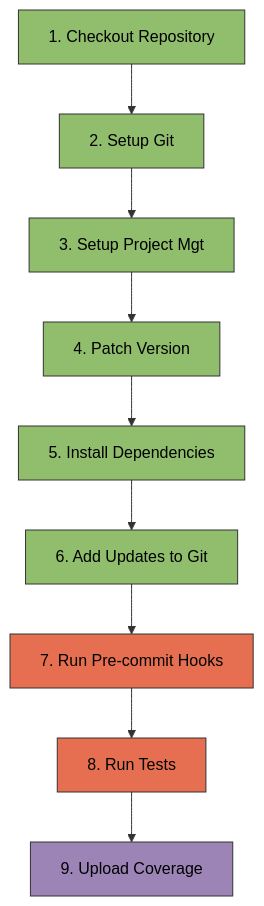
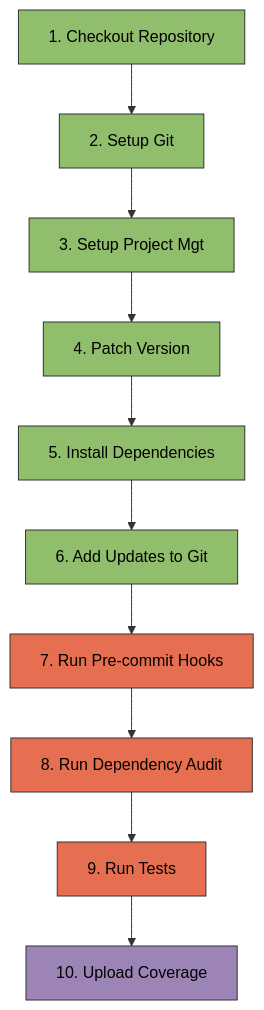
Before and after one commit to Winipedia/pyrig: the third of 3 diagrams in docs/configs/workflows/health_check.md, drawn with Mermaid. The commit also changed other lines of this file and 17 other files, not shown here.

````diff
--- a/docs/configs/workflows/health_check.md
+++ b/docs/configs/workflows/health_check.md
@@ -170,21 +170,23 @@
 ```mermaid
 graph TD
     S1[1. Checkout Repository] --> S2[2. Setup Git]
     S2 --> S3[3. Setup Project Mgt]
     S3 --> S4[4. Patch Version]
     S4 --> S5[5. Install Dependencies]
     S5 --> S6[6. Add Updates to Git]
     S6 --> S7[7. Run Pre-commit Hooks]
-    S7 --> S8[8. Run Tests]
-    S8 --> S9[9. Upload Coverage]
+    S7 --> S8[8. Run Dependency Audit]
+    S8 --> S9[9. Run Tests]
+    S9 --> S10[10. Upload Coverage]
 
     style S1 fill:#90be6d,stroke:#333,stroke-width:1px,color:#000
     style S2 fill:#90be6d,stroke:#333,stroke-width:1px,color:#000
     style S3 fill:#90be6d,stroke:#333,stroke-width:1px,color:#000
     style S4 fill:#90be6d,stroke:#333,stroke-width:1px,color:#000
     style S5 fill:#90be6d,stroke:#333,stroke-width:1px,color:#000
     style S6 fill:#90be6d,stroke:#333,stroke-width:1px,color:#000
     style S7 fill:#e76f51,stroke:#333,stroke-width:1px,color:#000
     style S8 fill:#e76f51,stroke:#333,stroke-width:1px,color:#000
-    style S9 fill:#9d84b7,stroke:#333,stroke-width:1px,color:#000
+    style S9 fill:#e76f51,stroke:#333,stroke-width:1px,color:#000
+    style S10 fill:#9d84b7,stroke:#333,stroke-width:1px,color:#000
 ```
````
